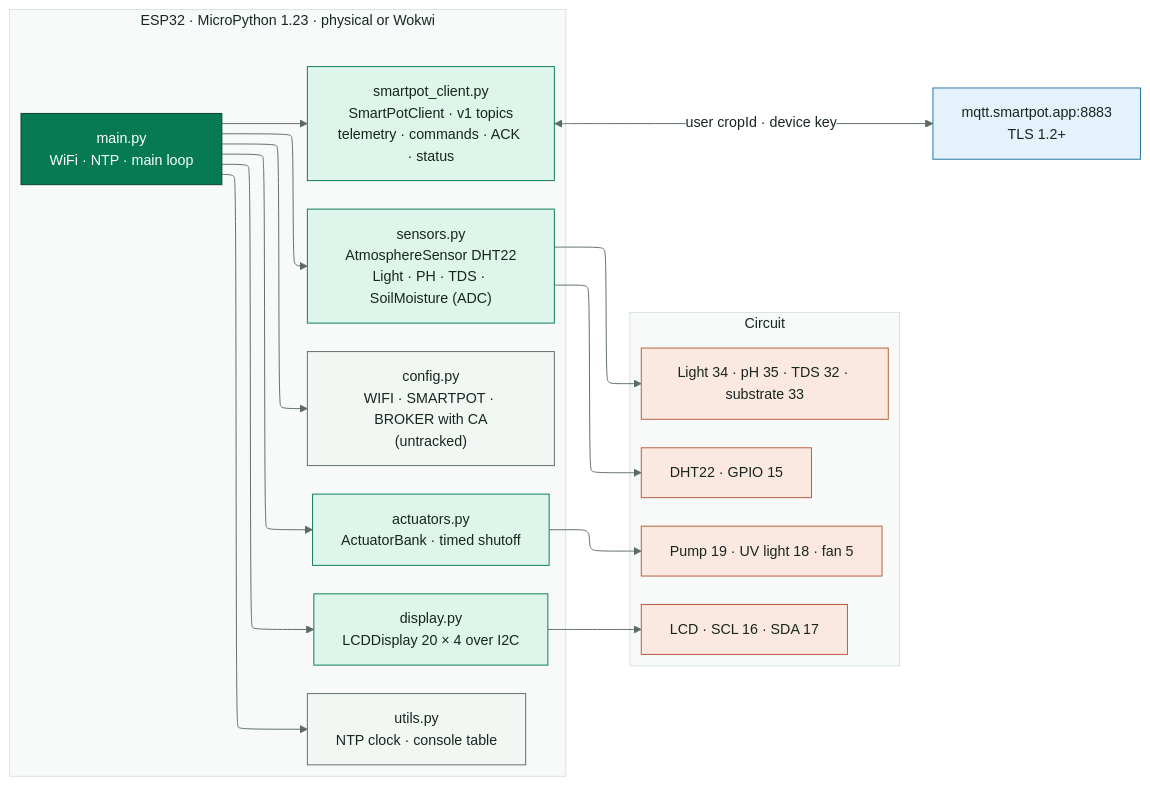
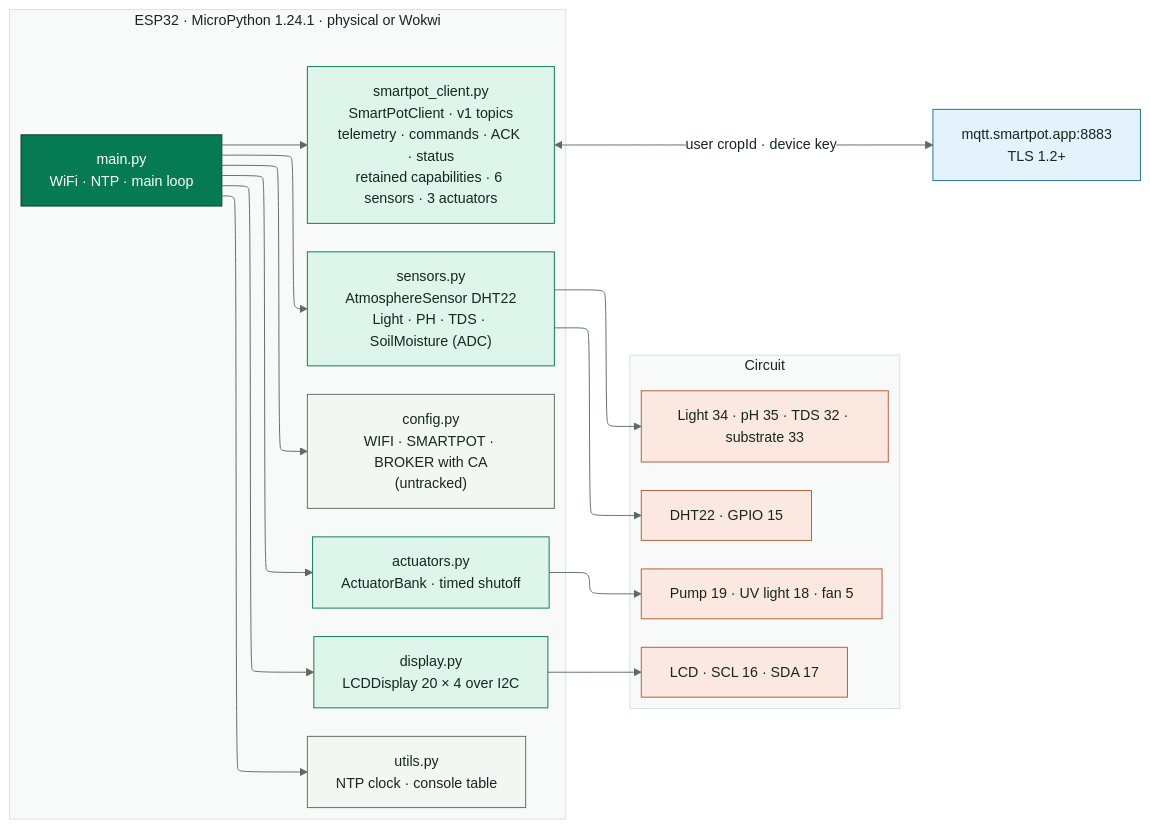
One commit to SmartPotTech/SmartPot-IoT-Python changed the first of 3 diagrams in docs/SmartPot_IoT_Documentation.md. Above: the diagram before and after it, drawn with Mermaid. The commit also changed other lines of this file and 4 other files, not shown here.

Commit message:
Document MicroPython capabilities and command safety [skip deploy]

````diff
--- a/docs/SmartPot_IoT_Documentation.md
+++ b/docs/SmartPot_IoT_Documentation.md
@@ -45,39 +45,39 @@
 ```mermaid
 %%{init: {"theme": "base", "fontFamily": "Segoe UI, Arial, sans-serif", "themeVariables": {"fontFamily": "Segoe UI, Arial, sans-serif", "fontSize": "15px", "primaryColor": "#DDF5EA", "primaryTextColor": "#17261F", "primaryBorderColor": "#067A52", "secondaryColor": "#E3F2FB", "secondaryTextColor": "#17261F", "secondaryBorderColor": "#1F6FA0", "tertiaryColor": "#F2F7F4", "tertiaryTextColor": "#17261F", "tertiaryBorderColor": "#D5E3DC", "lineColor": "#5B6B63", "textColor": "#17261F", "mainBkg": "#DDF5EA", "nodeBorder": "#067A52", "clusterBkg": "#F7FAF8", "clusterBorder": "#D5E3DC", "edgeLabelBackground": "#FFFFFF", "actorBkg": "#067A52", "actorBorder": "#0B3D2B", "actorTextColor": "#FFFFFF", "actorLineColor": "#5B6B63", "signalColor": "#17261F", "signalTextColor": "#17261F", "labelBoxBkgColor": "#0B3D2B", "labelBoxBorderColor": "#0B3D2B", "labelTextColor": "#FFFFFF", "loopTextColor": "#0B3D2B", "noteBkgColor": "#FDF4DD", "noteBorderColor": "#C98D12", "noteTextColor": "#17261F", "activationBkgColor": "#DDF5EA", "activationBorderColor": "#067A52", "attributeBackgroundColorOdd": "#FFFFFF", "attributeBackgroundColorEven": "#F2F7F4"}, "layout": "elk", "elk": {"nodePlacementStrategy": "BRANDES_KOEPF", "mergeEdges": false, "cycleBreakingStrategy": "GREEDY"}}}%%
 flowchart LR
-  subgraph esp["ESP32 · MicroPython 1.23 · physical or Wokwi"]
+  subgraph esp["ESP32 · MicroPython 1.24.1 · physical or Wokwi"]
     direction TB
     main["main.py<br/>WiFi · NTP · main loop"]
     config["config.py<br/>WIFI · SMARTPOT · BROKER with CA<br/>(untracked)"]
-    client["smartpot_client.py<br/>SmartPotClient · v1 topics<br/>telemetry · commands · ACK · status"]
+    client["smartpot_client.py<br/>SmartPotClient · v1 topics<br/>telemetry · commands · ACK · status<br/>retained capabilities · 6 sensors · 3 actuators"]
     sensors["sensors.py<br/>AtmosphereSensor DHT22<br/>Light · PH · TDS · SoilMoisture (ADC)"]
     actuators["actuators.py<br/>ActuatorBank · timed shutoff"]
     display["display.py<br/>LCDDisplay 20 × 4 over I2C"]
     utils["utils.py<br/>NTP clock · console table"]
   end
   subgraph hw["Circuit"]
     direction TB
     dht["DHT22 · GPIO 15"]
     adc["Light 34 · pH 35 · TDS 32 · substrate 33"]
     outs["Pump 19 · UV light 18 · fan 5"]
     lcd["LCD · SCL 16 · SDA 17"]
   end
   broker["mqtt.smartpot.app:8883<br/>TLS 1.2+"]
   main --> config & client & sensors & actuators & display & utils
   sensors --> dht & adc
   actuators --> outs
   display --> lcd
   client <-->|"user cropId · device key"| broker
   classDef leaf fill:#DDF5EA,stroke:#067A52,color:#17261F
   classDef water fill:#E3F2FB,stroke:#1F6FA0,color:#17261F
   classDef sun fill:#FDF4DD,stroke:#C98D12,color:#17261F
   classDef clay fill:#FBE9E1,stroke:#B85A38,color:#17261F
   classDef core fill:#067A52,stroke:#0B3D2B,color:#FFFFFF
   classDef deep fill:#0B3D2B,stroke:#06281C,color:#FFFFFF
   classDef muted fill:#F2F7F4,stroke:#5B6B63,color:#17261F
   class main core
   class config,utils muted
   class client,sensors,actuators,display leaf
   class dht,adc,outs,lcd clay
   class broker water
 ```
````
